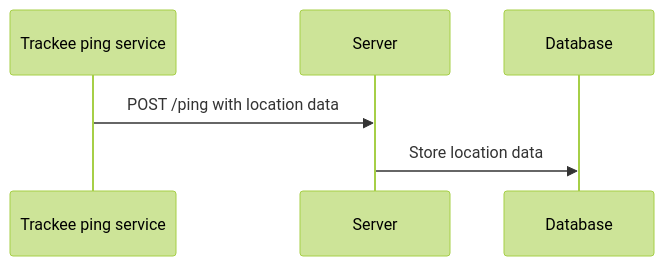
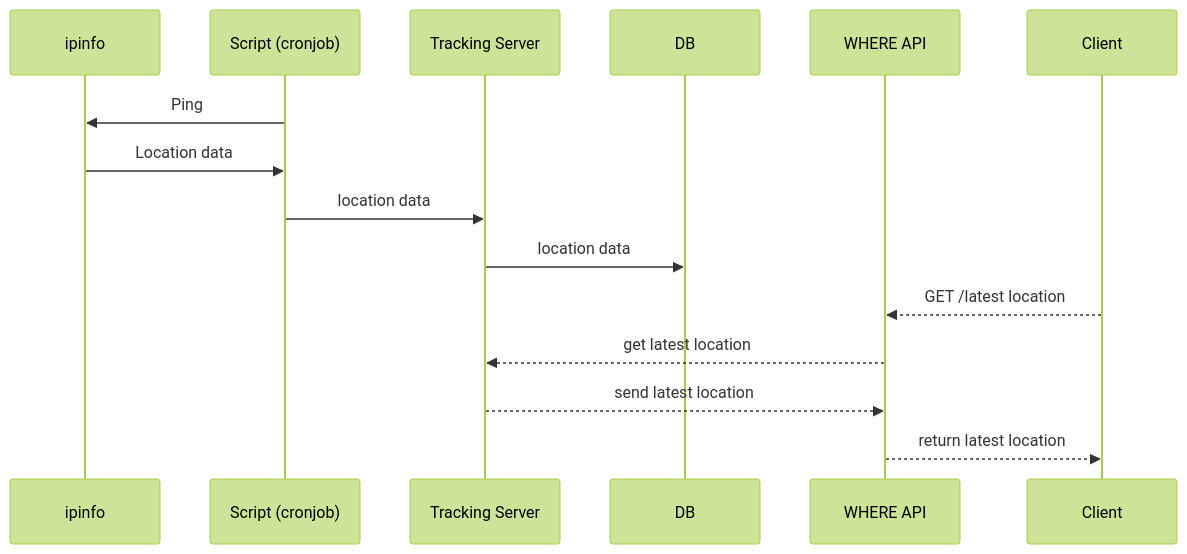
The diagram in README.md (clairefro/where-ping-api), drawn with Mermaid (forest theme) before and after one commit. The commit also changed other lines of this file, not shown here.

````diff
--- a/README.md
+++ b/README.md
@@ -3,9 +4,22 @@
 ```mermaid
 sequenceDiagram
-    participant Client as Trackee ping service
-    participant Server as Server
-    participant DB as Database
+    participant Ipinfo as ipinfo
+    participant Script as Script (cronjob)
+    participant TrackingServer as Tracking Server
+    participant DB as DB
+    participant WhereAPI as WHERE API
+    participant Client
 
-    Client ->> Server: POST /ping with location data
-    Server ->> DB: Store location data
+
+    Script ->> Ipinfo: Ping
+    Ipinfo ->> Script: Location data
+    Script ->> TrackingServer: location data
+    TrackingServer ->> DB: location data
+
+    
+    Client -->> WhereAPI: GET /latest location
+    WhereAPI -->> TrackingServer: get latest location
+    TrackingServer -->> WhereAPI: send latest location
+    WhereAPI -->> Client: return latest location
+
 ```
````
